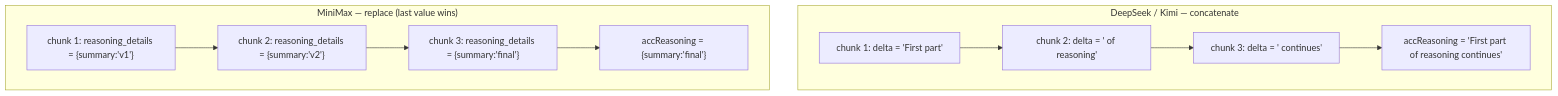
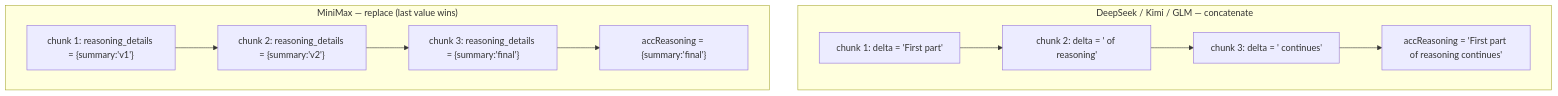
The third of 6 diagrams in doc/reasoning-bridge.md (lqdflying/cursorProxy), drawn with Mermaid before and after one commit. The commit also changed other lines of this file and 19 other files, not shown here.

````diff
--- a/doc/reasoning-bridge.md
+++ b/doc/reasoning-bridge.md
@@ -65,18 +65,18 @@
 ```mermaid
 flowchart TD
-    subgraph "DeepSeek / Kimi — concatenate"
+    subgraph "DeepSeek / Kimi / GLM — concatenate"
         DC1["chunk 1: delta = 'First part'"]
         DC2["chunk 2: delta = ' of reasoning'"]
         DC3["chunk 3: delta = ' continues'"]
         DACC["accReasoning = 'First part of reasoning continues'"]
         DC1 --> DC2 --> DC3 --> DACC
     end
 
     subgraph "MiniMax — replace (last value wins)"
         MC1["chunk 1: reasoning_details = {summary:'v1'}"]
         MC2["chunk 2: reasoning_details = {summary:'v2'}"]
         MC3["chunk 3: reasoning_details = {summary:'final'}"]
         MACC["accReasoning = {summary:'final'}"]
         MC1 --> MC2 --> MC3 --> MACC
     end
 ```
````
